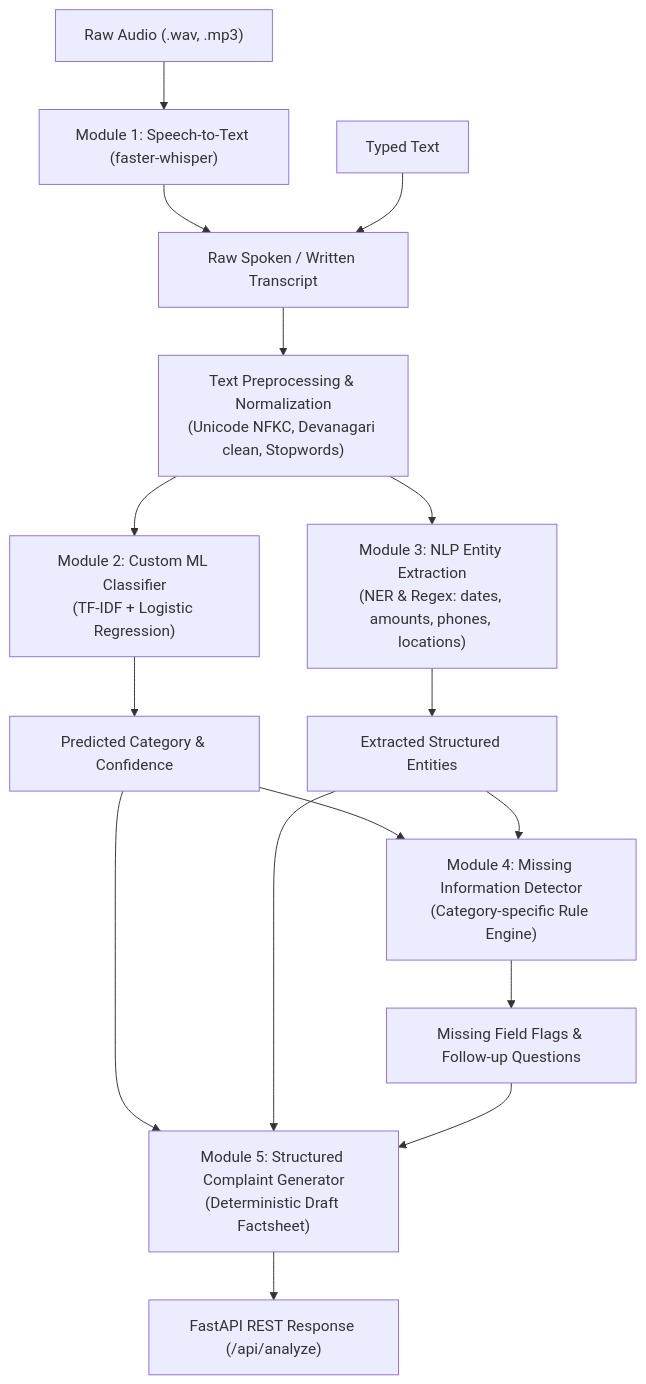
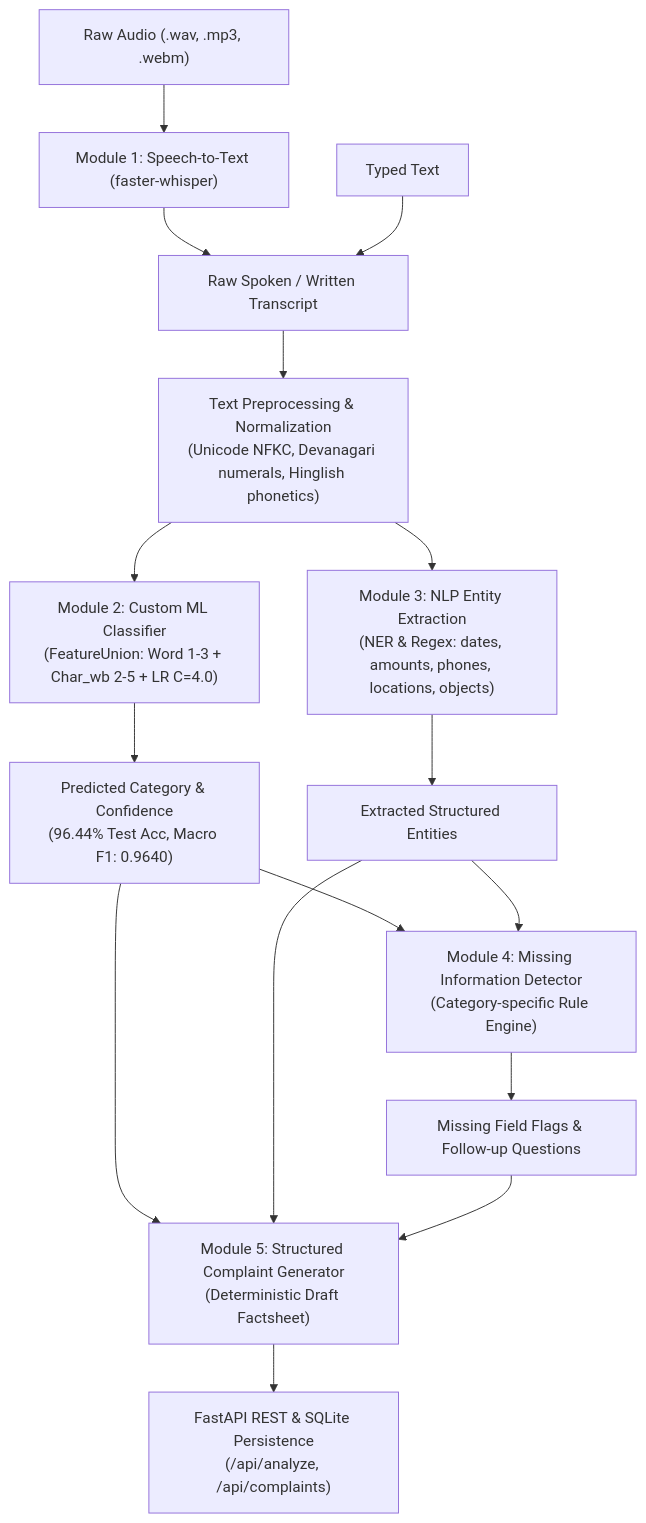
Before and after one commit to abhi-1289-9821/Voice-to-FIR: the diagram in ml_system/README.md, drawn with Mermaid. The commit also changed other lines of this file and 32 other files, not shown here.

First line of the commit message:
feat(ml): boost complaint classifier accuracy to 96.44% on frozen test set

````diff
--- a/ml_system/README.md
+++ b/ml_system/README.md
@@ -16,24 +16,24 @@
 ```mermaid
 flowchart TD
-    A["Raw Audio (.wav, .mp3)"] --> B["Module 1: Speech-to-Text (faster-whisper)"]
+    A["Raw Audio (.wav, .mp3, .webm)"] --> B["Module 1: Speech-to-Text (faster-whisper)"]
     B --> C["Raw Spoken / Written Transcript"]
     D["Typed Text"] --> C
-    C --> E["Text Preprocessing & Normalization\n(Unicode NFKC, Devanagari clean, Stopwords)"]
+    C --> E["Text Preprocessing & Normalization\n(Unicode NFKC, Devanagari numerals, Hinglish phonetics)"]
     
-    E --> F["Module 2: Custom ML Classifier\n(TF-IDF + Logistic Regression)"]
-    E --> G["Module 3: NLP Entity Extraction\n(NER & Regex: dates, amounts, phones, locations)"]
+    E --> F["Module 2: Custom ML Classifier\n(FeatureUnion: Word 1-3 + Char_wb 2-5 + LR C=4.0)"]
+    E --> G["Module 3: NLP Entity Extraction\n(NER & Regex: dates, amounts, phones, locations, objects)"]
     
-    F --> H["Predicted Category & Confidence"]
+    F --> H["Predicted Category & Confidence\n(96.44% Test Acc, Macro F1: 0.9640)"]
     G --> I["Extracted Structured Entities"]
     
     H --> J["Module 4: Missing Information Detector\n(Category-specific Rule Engine)"]
     I --> J
     
     J --> K["Missing Field Flags & Follow-up Questions"]
     
     H --> L["Module 5: Structured Complaint Generator\n(Deterministic Draft Factsheet)"]
     I --> L
     K --> L
     
-    L --> M["FastAPI REST Response (/api/analyze)"]
+    L --> M["FastAPI REST & SQLite Persistence\n(/api/analyze, /api/complaints)"]
 ```
````
